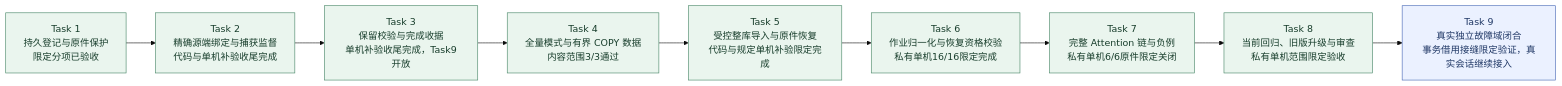
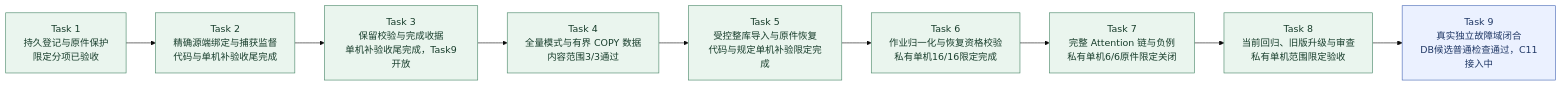
The second of 9 diagrams in docs/KnowWeave实施路线与系统架构.md (MansurnamedZhang/learning-system-p0c4), drawn with Mermaid (base theme) before and after one commit. The commit also changed other lines of this file and 23 other files, not shown here.

````diff
--- a/docs/KnowWeave实施路线与系统架构.md
+++ b/docs/KnowWeave实施路线与系统架构.md
@@ -80,25 +80,25 @@
 ```mermaid
 flowchart LR
     C4T1["Task 1<br/>持久登记与原件保护<br/>限定分项已验收"]
     C4T2["Task 2<br/>精确源端绑定与捕获监督<br/>代码与单机补验收尾完成"]
     C4T3["Task 3<br/>保留校验与完成收据<br/>单机补验收尾完成，Task9开放"]
     C4T4["Task 4<br/>全量模式与有界 COPY 数据<br/>内容范围3/3通过"]
     C4T5["Task 5<br/>受控整库导入与原件恢复<br/>代码与规定单机补验限定完成"]
     C4T6["Task 6<br/>作业归一化与恢复资格校验<br/>私有单机16/16限定完成"]
     C4T7["Task 7<br/>完整 Attention 链与负例<br/>私有单机6/6原件限定关闭"]
     C4T8["Task 8<br/>当前回归、旧版升级与审查<br/>私有单机范围限定验收"]
-    C4T9["Task 9<br/>真实独立故障域闭合<br/>事务借用接缝限定验证，真实会话继续接入"]
+    C4T9["Task 9<br/>真实独立故障域闭合<br/>DB候选普通检查通过，C11接入中"]
     C4T1 --> C4T2
     C4T2 --> C4T3
     C4T3 --> C4T4
     C4T4 --> C4T5
     C4T5 --> C4T6
     C4T6 --> C4T7
     C4T7 --> C4T8
     C4T8 --> C4T9
     class C4T1,C4T2,C4T3,C4T4,C4T5,C4T6,C4T7,C4T8 done
     class C4T9 next
     classDef done fill:#eaf5ee,stroke:#438363,color:#173d2b
     classDef next fill:#ebf1ff,stroke:#4365b4,color:#203866
     classDef planned fill:#f2f4f8,stroke:#8591a3,color:#28354b
 ```
````
